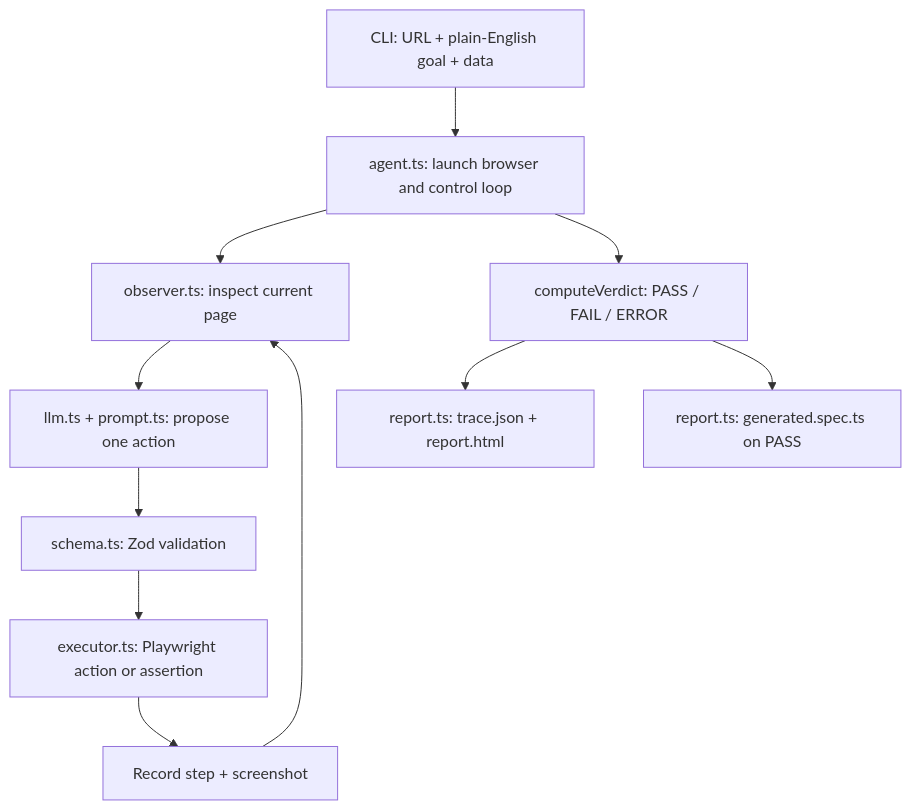
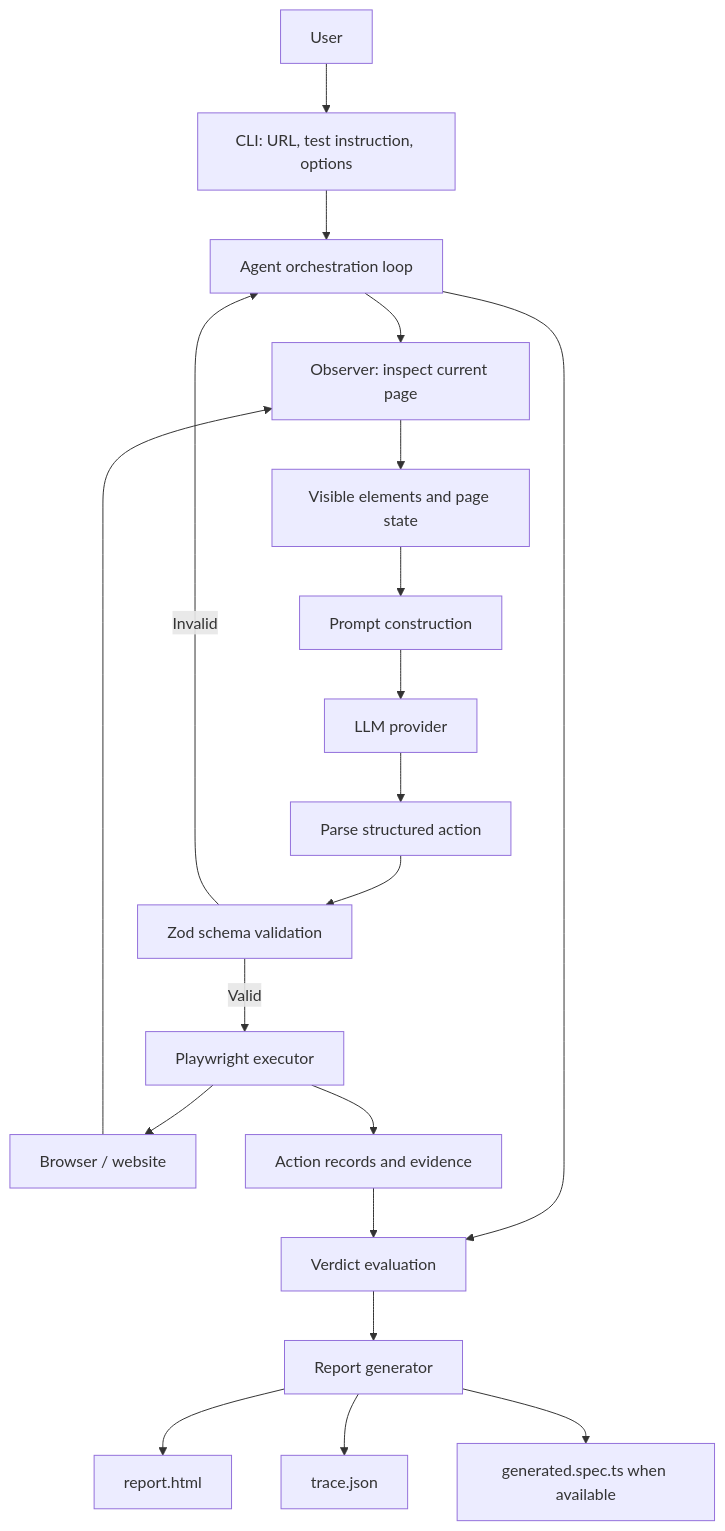
The first of 2 diagrams in docs/ARCHITECTURE.md (Sukumar5705/Plain-English-Test-Runner), drawn with Mermaid before and after one commit. The commit also changed other lines of this file and 4 other files, not shown here.

````diff
--- a/docs/ARCHITECTURE.md
+++ b/docs/ARCHITECTURE.md
@@ -3,13 +9,22 @@
 ```mermaid
 flowchart TD
-    A[CLI: URL + plain-English goal + data] --> B[agent.ts: launch browser and control loop]
-    B --> C[observer.ts: inspect current page]
-    C --> D[llm.ts + prompt.ts: propose one action]
-    D --> E[schema.ts: Zod validation]
-    E --> F[executor.ts: Playwright action or assertion]
-    F --> G[Record step + screenshot]
-    G --> C
-    B --> H[computeVerdict: PASS / FAIL / ERROR]
-    H --> I[report.ts: trace.json + report.html]
-    H --> J[report.ts: generated.spec.ts on PASS]
+    U[User] --> CLI[CLI: URL, test instruction, options]
+    CLI --> AG[Agent orchestration loop]
+    AG --> OBS[Observer: inspect current page]
+    OBS --> STATE[Visible elements and page state]
+    STATE --> PROMPT[Prompt construction]
+    PROMPT --> LLM[LLM provider]
+    LLM --> PARSE[Parse structured action]
+    PARSE --> ZOD[Zod schema validation]
+    ZOD -->|Valid| EX[Playwright executor]
+    ZOD -->|Invalid| AG
+    EX --> B[Browser / website]
+    B --> OBS
+    EX --> LOG[Action records and evidence]
+    AG --> VER[Verdict evaluation]
+    LOG --> VER
+    VER --> REP[Report generator]
+    REP --> HTML[report.html]
+    REP --> JSON[trace.json]
+    REP --> SPEC[generated.spec.ts when available]
 ```
````
